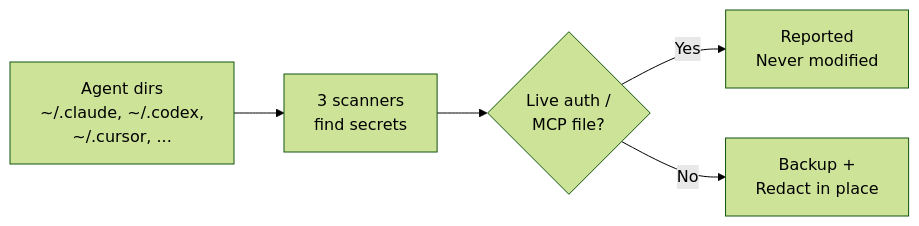
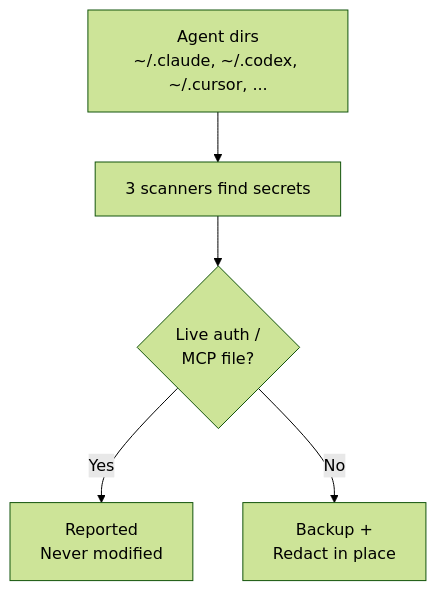
Before and after one commit to ppravdin/agentscrub: the diagram in README.md, drawn with Mermaid (forest theme).

Commit message:
Switch how-it-works diagram to top-down so GitHub's mermaid overlay controls don't cover the rightmost nodes

````diff
--- a/README.md
+++ b/README.md
@@ -39,7 +39,7 @@
 ```mermaid
-flowchart LR
-    A[Agent dirs<br/>~/.claude, ~/.codex,<br/>~/.cursor, ...] --> B[3 scanners<br/>find secrets]
+flowchart TD
+    A[Agent dirs<br/>~/.claude, ~/.codex, ~/.cursor, ...] --> B[3 scanners find secrets]
     B --> C{Live auth /<br/>MCP file?}
     C -->|Yes| D[Reported<br/>Never modified]
     C -->|No| E[Backup +<br/>Redact in place]
 ```
````
